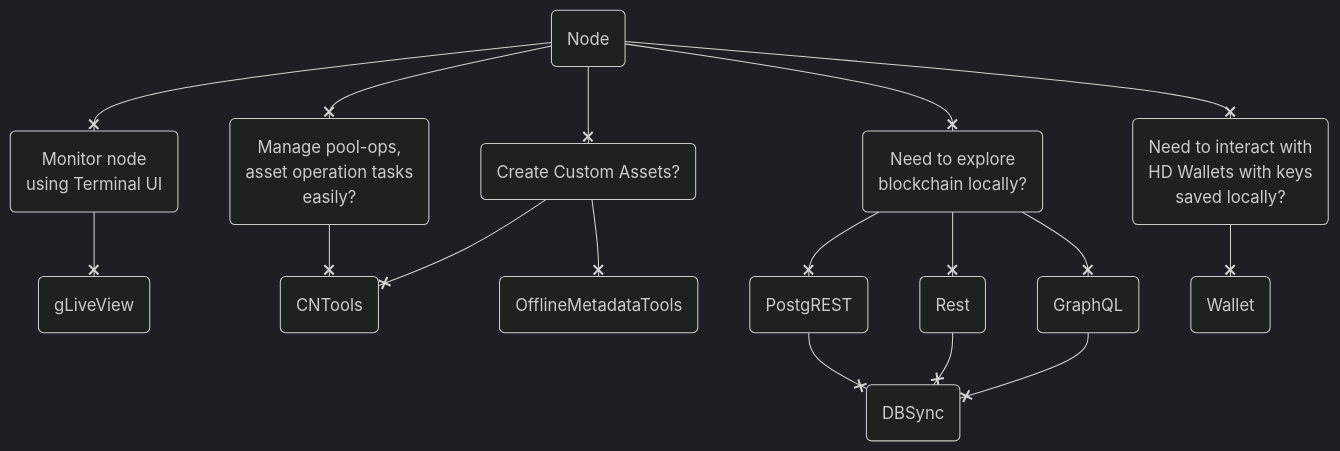
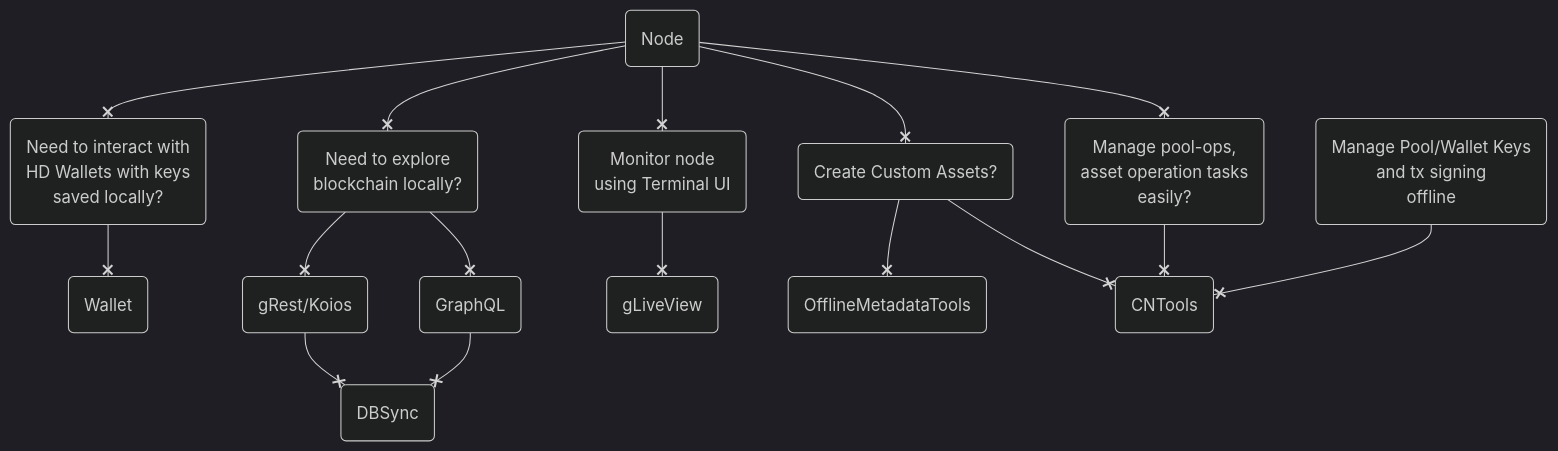
The diagram in docs/build.md (cardano-community/guild-operators), drawn with Mermaid (dark theme) before and after one commit. The commit also changed other lines of this file and 11 other files, not shown here.

Commit message:
Update documentation: Postgres Tuning baselines in Appendix, update references of gRest/Koios

````diff
--- a/docs/build.md
+++ b/docs/build.md
@@ -7,28 +7,28 @@
 ``` mermaid
 graph TB
   A(Need to interact with <br/>HD Wallets with keys<br/>saved locally?)
   B(Need to explore <br/> blockchain locally?)
   C(Manage pool-ops, <br/> asset operation tasks <br/> easily?)
   D(Create Custom Assets?)
   E(Monitor node <br/> using Terminal UI)
   O(Node)
-  P(PostgREST)
+  F(Manage Pool/Wallet Keys<br/>and tx signing<br/>offline)
+  P(gRest/Koios)
   Q(DBSync)
   R(Wallet)
   S(CNTools)
-  T(Rest)
   U(GraphQL)
   V(OfflineMetadataTools)
   X(gLiveView)
 
-O --x E --x X
+F --x S
 O --x C --x S
 O --x D
 D --x S
 D --x V
+O --x E --x X
 O --x B
+B --x U --x Q
 B --x P --x Q
-B --x T --x Q
-B --x U --x Q
 O --x A --x R
 ```
````
